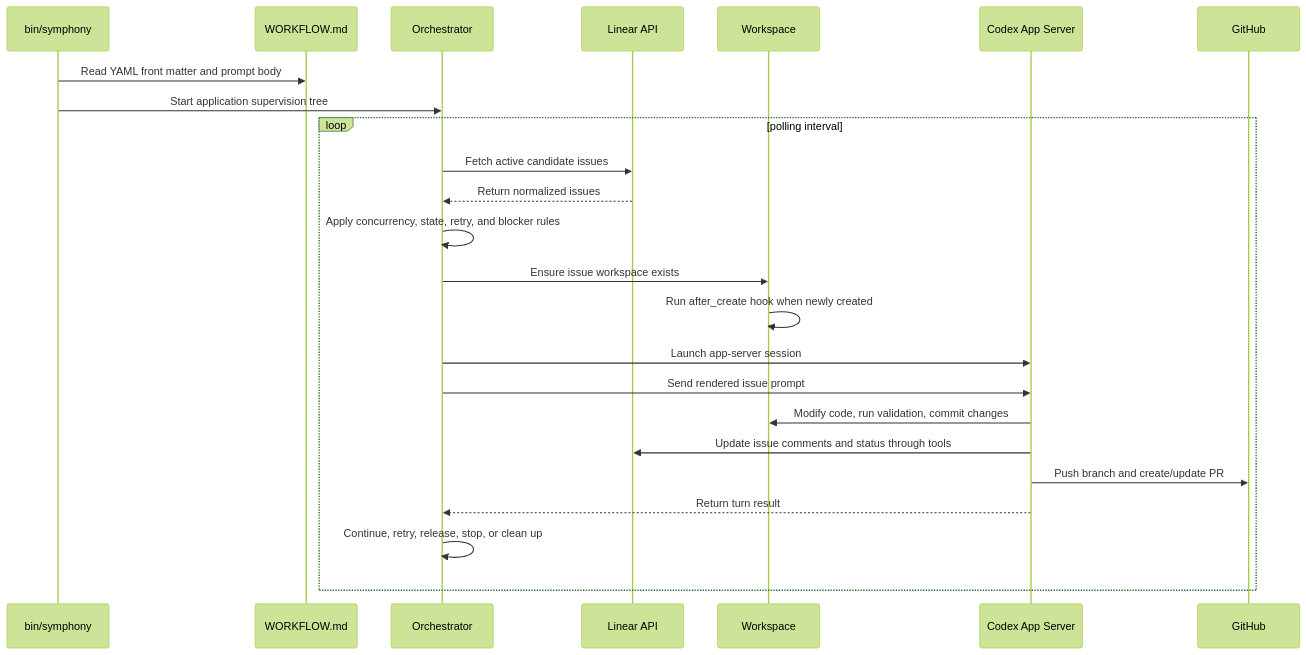
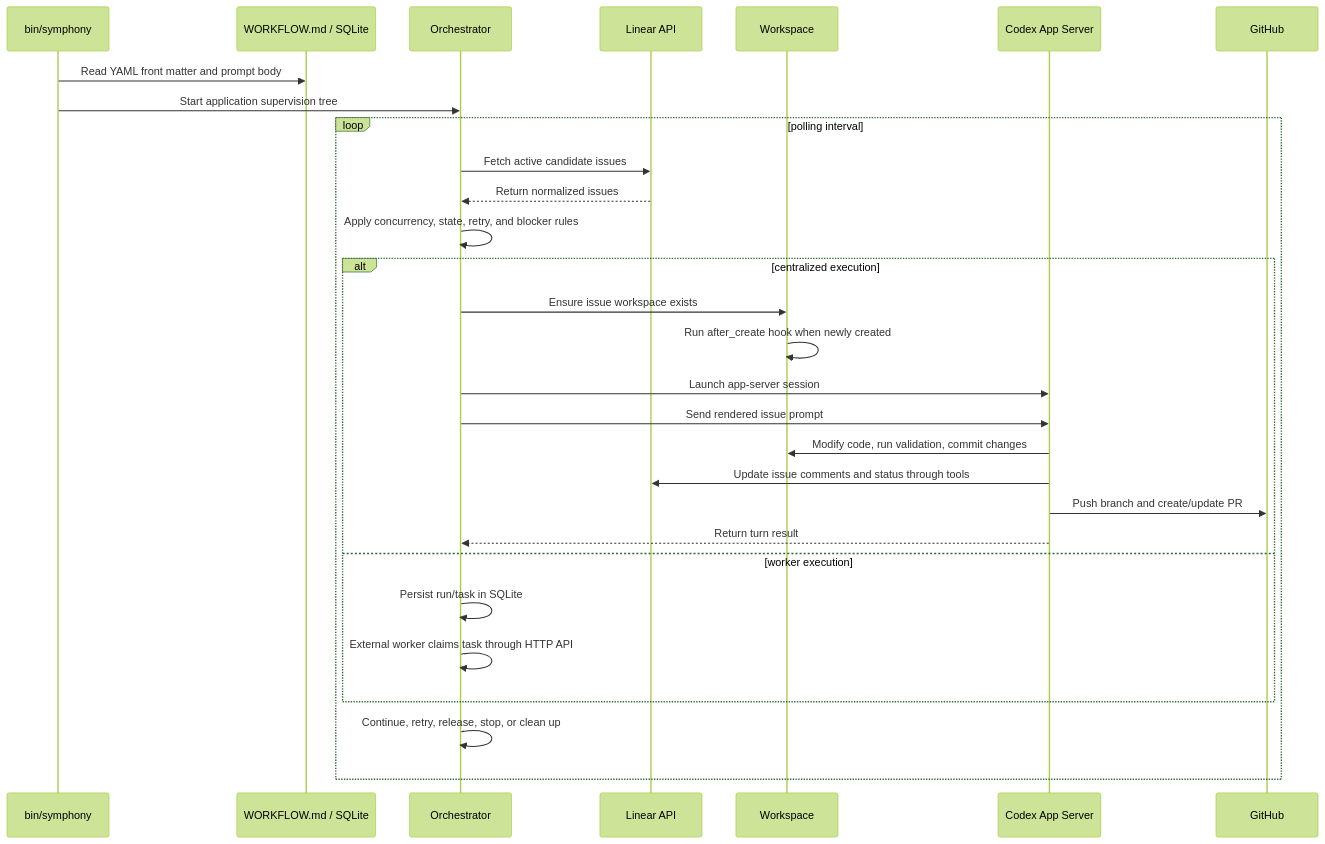
The second of 2 diagrams in ARCHITECTURE.md (VikingMew/symphony), drawn with Mermaid (forest theme) before and after one commit. The commit also changed other lines of this file and 27 other files, not shown here.

````diff
--- a/ARCHITECTURE.md
+++ b/ARCHITECTURE.md
@@ -69,28 +76,33 @@
 ```mermaid
 sequenceDiagram
     participant CLI as bin/symphony
-    participant Workflow as WORKFLOW.md
+    participant Workflow as WORKFLOW.md / SQLite
     participant Orch as Orchestrator
     participant Linear as Linear API
     participant WS as Workspace
     participant Codex as Codex App Server
     participant GitHub as GitHub
 
     CLI->>Workflow: Read YAML front matter and prompt body
     CLI->>Orch: Start application supervision tree
 
     loop polling interval
         Orch->>Linear: Fetch active candidate issues
         Linear-->>Orch: Return normalized issues
         Orch->>Orch: Apply concurrency, state, retry, and blocker rules
-        Orch->>WS: Ensure issue workspace exists
-        WS->>WS: Run after_create hook when newly created
-        Orch->>Codex: Launch app-server session
-        Orch->>Codex: Send rendered issue prompt
-        Codex->>WS: Modify code, run validation, commit changes
-        Codex->>Linear: Update issue comments and status through tools
-        Codex->>GitHub: Push branch and create/update PR
-        Codex-->>Orch: Return turn result
+        alt centralized execution
+            Orch->>WS: Ensure issue workspace exists
+            WS->>WS: Run after_create hook when newly created
+            Orch->>Codex: Launch app-server session
+            Orch->>Codex: Send rendered issue prompt
+            Codex->>WS: Modify code, run validation, commit changes
+            Codex->>Linear: Update issue comments and status through tools
+            Codex->>GitHub: Push branch and create/update PR
+            Codex-->>Orch: Return turn result
+        else worker execution
+            Orch->>Orch: Persist run/task in SQLite
+            Orch->>Orch: External worker claims task through HTTP API
+        end
         Orch->>Orch: Continue, retry, release, stop, or clean up
     end
 ```
````
